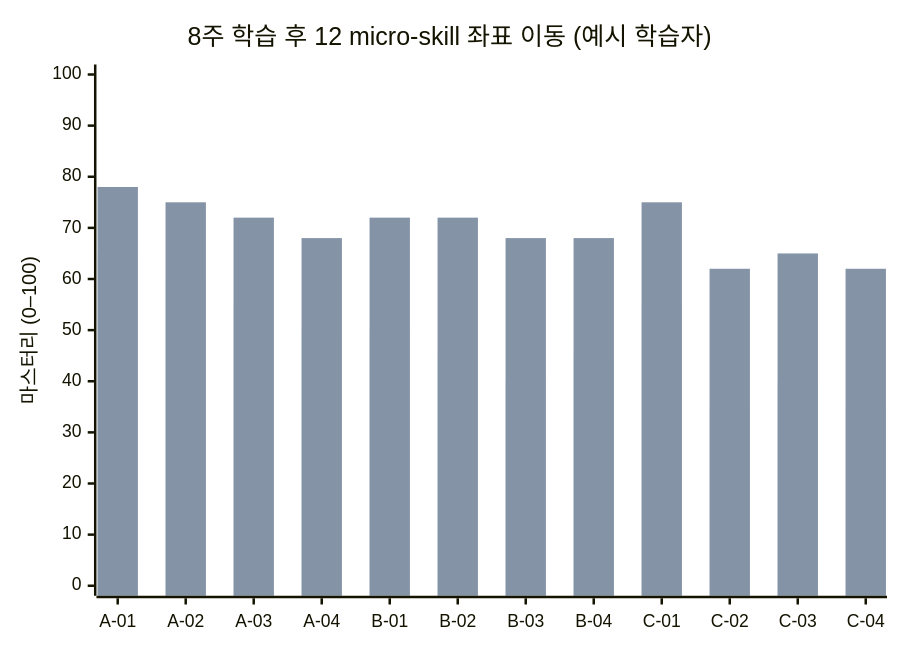
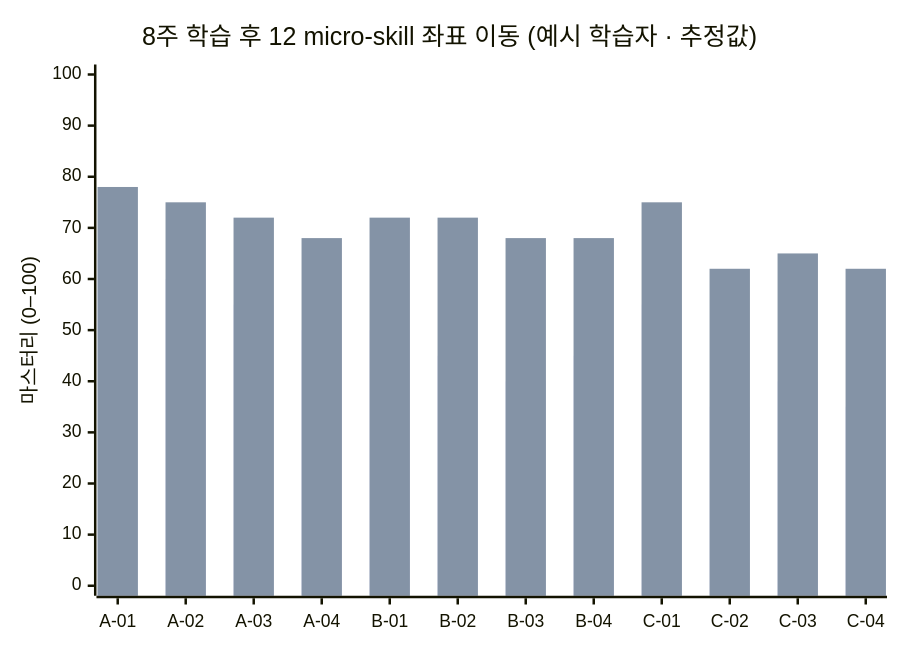
Before and after one commit to smilepat/myprojects: diagram 27 of 36 in SLIDES_GAP_TO_PROGRESS.md, drawn with Mermaid. The commit also changed other lines of this file and 6 other files, not shown here.

First line of the commit message:
feat(slides): expand from 19 to 36 charts + PDCA tracking (#1)

````diff
--- a/SLIDES_GAP_TO_PROGRESS.md
+++ b/SLIDES_GAP_TO_PROGRESS.md
@@ -346,8 +741,8 @@
 ```mermaid
 xychart-beta
-    title "8주 학습 후 12 micro-skill 좌표 이동 (예시 학습자)"
+    title "8주 학습 후 12 micro-skill 좌표 이동 (예시 학습자 · 추정값)"
     x-axis ["A-01","A-02","A-03","A-04","B-01","B-02","B-03","B-04","C-01","C-02","C-03","C-04"]
     y-axis "마스터리 (0–100)" 0 --> 100
     bar [65,60,55,50,50,45,40,45,55,35,40,35]
     bar [78,75,72,68,72,72,68,68,75,62,65,62]
 ```
````
